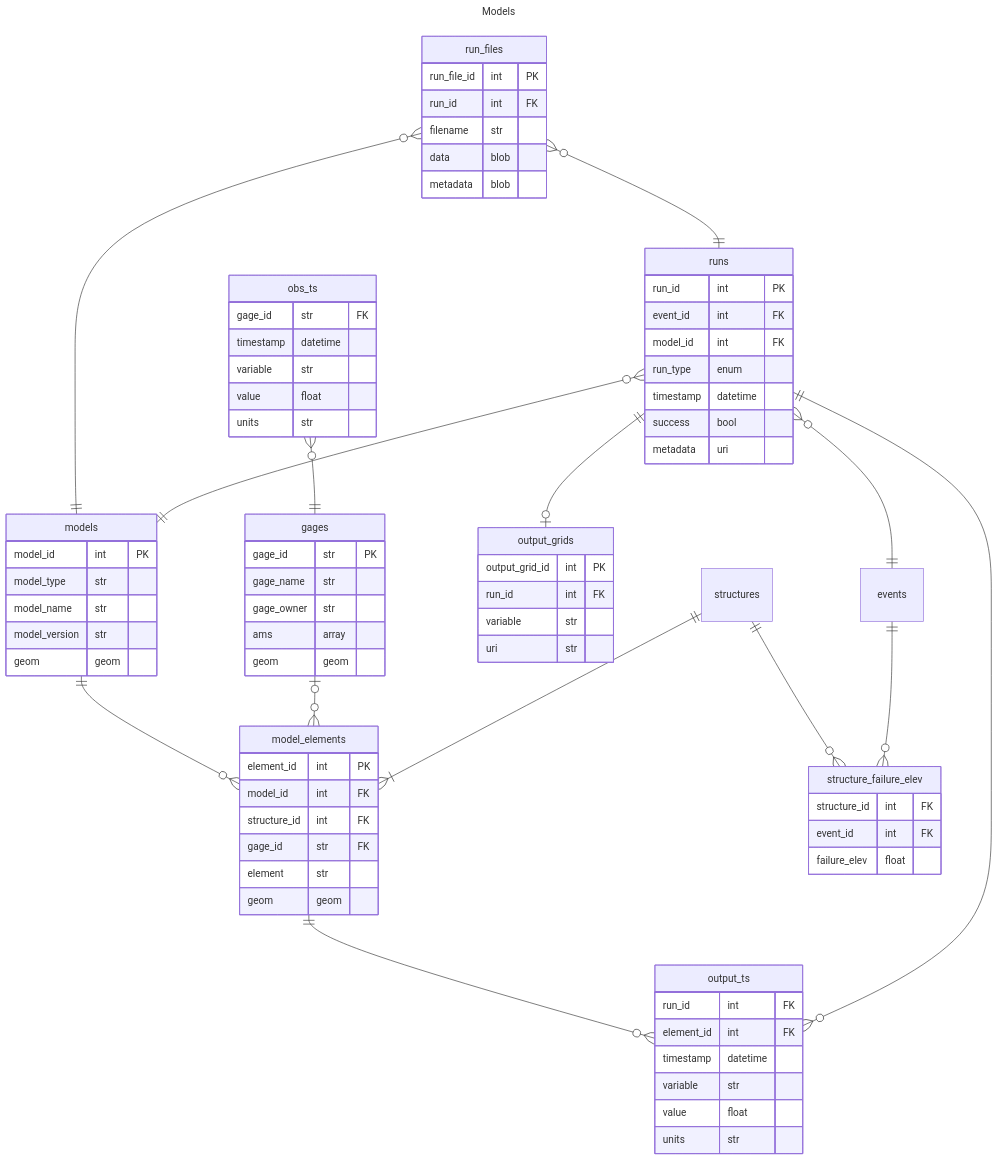
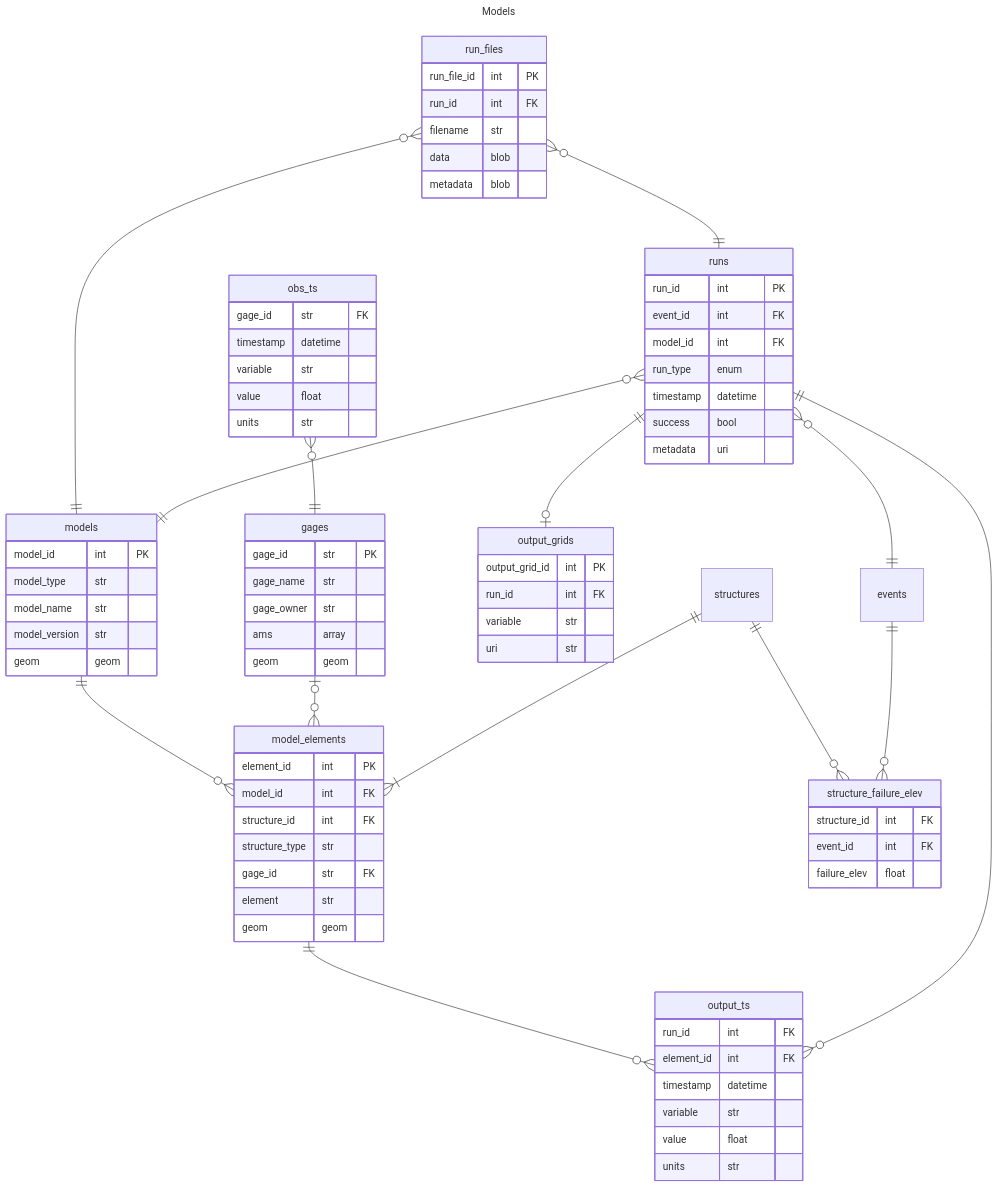
Before and after one commit to fema-ffrd/ffrd-data-model: the diagram in rdb/models.mmd, drawn with Mermaid. The commit also changed 2 other files, not shown here.

Commit message:
added structure type as a discriminator for structure_id when multiple types exists within a model - i.e., dams, levees, buildings

```diff
--- a/rdb/models.mmd
+++ b/rdb/models.mmd
@@ -1,88 +1,89 @@
 ---
 title: Models
 ---
 
 erDiagram
 
     obs_ts }o--|| gages : ""
     models ||--o{ model_elements : ""
     model_elements ||--o{ output_ts : ""
     run_files }o--|| models : ""
     run_files }o--|| runs : ""
     gages |o--o{ model_elements : ""
     runs ||--o{ output_ts : ""
     runs ||--o| output_grids : ""
     structures ||--|{ model_elements : ""
     structures ||--o{ structure_failure_elev : ""
     events ||--o{ structure_failure_elev : ""
     runs }o--|| models : ""
     runs }o--|| events : ""
 
     events {
        }
     gages {
         gage_id str PK
         gage_name str
         gage_owner str
         ams array
         geom geom
     }
     models {
         model_id int PK
         model_type str
         model_name str
         model_version str
         geom geom
     }
     model_elements {
         element_id int PK
         model_id int FK
         structure_id int FK
+        structure_type str
         gage_id str FK
         element str
         geom geom
     }
     run_files {
         run_file_id int PK
         run_id int FK
         filename str
         data blob
         metadata blob
     }
     output_ts {
         run_id int FK
         element_id int FK
         timestamp datetime
         variable str
         value float
         units str
     }
     output_grids {
         output_grid_id int PK
         run_id int FK
         variable str
         uri str
     }
     obs_ts {
         gage_id str FK
         timestamp datetime
         variable str
         value float
         units str
     }
     structures {
     }
     runs {
         run_id int PK
         event_id int FK
         model_id int FK
         run_type enum
         timestamp datetime
         success bool
         metadata uri
     }
     structure_failure_elev {
         structure_id int FK
         event_id int FK
         failure_elev float
     }
```
